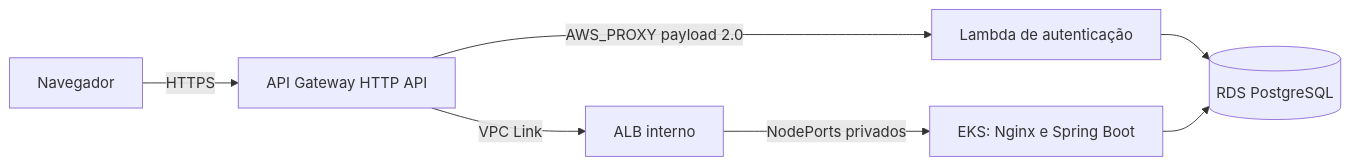
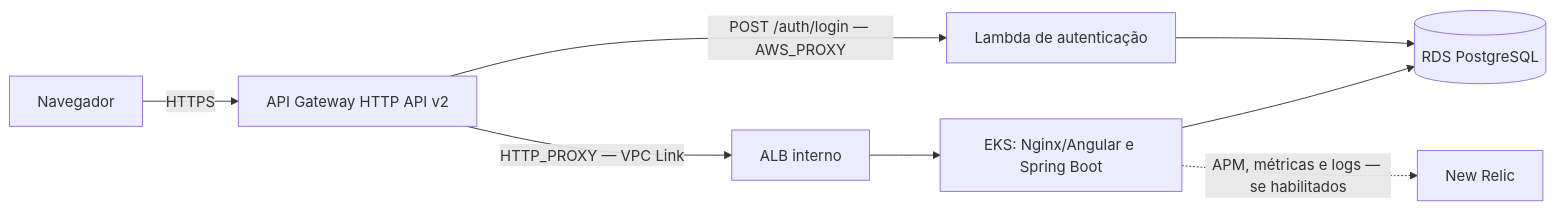
Before and after one commit to BrunoSousa06/autoflow-infra: the diagram in README.md, drawn with Mermaid. The commit also changed other lines of this file and 7 other files, not shown here.

````diff
--- a/README.md
+++ b/README.md
@@ -48,9 +20,10 @@
 ```mermaid
 flowchart LR
-  Browser[Navegador] -->|HTTPS| API[API Gateway HTTP API]
-  API -->|AWS_PROXY payload 2.0| Lambda[Lambda de autenticação]
+  Browser[Navegador] -->|HTTPS| API[API Gateway HTTP API v2]
+  API -->|POST /auth/login — AWS_PROXY| Lambda[Lambda de autenticação]
   Lambda --> RDS[(RDS PostgreSQL)]
-  API -->|VPC Link| ALB[ALB interno]
-  ALB -->|NodePorts privados| EKS[EKS: Nginx e Spring Boot]
+  API -->|HTTP_PROXY — VPC Link| ALB[ALB interno]
+  ALB --> EKS[EKS: Nginx/Angular e Spring Boot]
   EKS --> RDS
+  EKS -.->|APM, métricas e logs — se habilitados| NR[New Relic]
 ```
````
